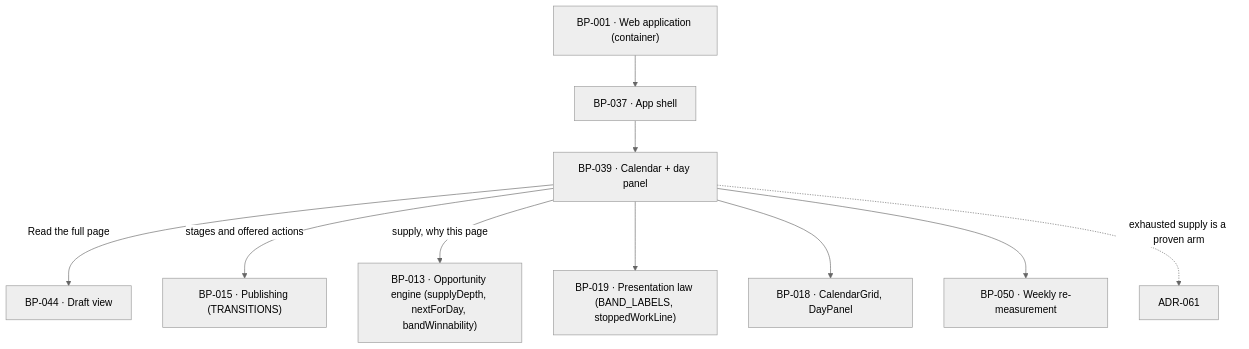
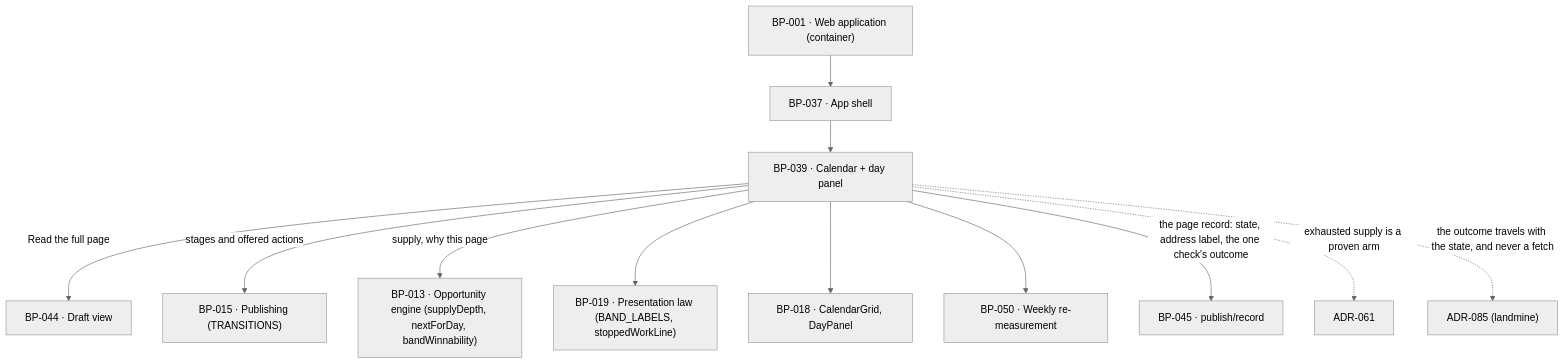
One commit to tim-clifford6991/reachkitv3 changed the diagram in sdlc-factory/docs/blueprints/BP-039.md. Above: the diagram before and after it, drawn with Mermaid (neutral theme). The commit also changed other lines of this file and 30 other files, not shown here.

First line of the commit message:
feat(blueprints): fold the publish-live rulings into the architecture

````diff
--- a/sdlc-factory/docs/blueprints/BP-039.md
+++ b/sdlc-factory/docs/blueprints/BP-039.md
@@ -38,20 +40,22 @@
 ```mermaid
 graph TD
   BP001["BP-001 · Web application (container)"]
   BP037["BP-037 · App shell"]
   BP039["BP-039 · Calendar + day panel"]
   BP044["BP-044 · Draft view"]
   BP015["BP-015 · Publishing (TRANSITIONS)"]
   BP013["BP-013 · Opportunity engine (supplyDepth, nextForDay, bandWinnability)"]
   BP019["BP-019 · Presentation law (BAND_LABELS, stoppedWorkLine)"]
   BP018["BP-018 · CalendarGrid, DayPanel"]
   BP050["BP-050 · Weekly re-measurement"]
   BP001 --> BP037 --> BP039
   BP039 -->|"Read the full page"| BP044
   BP039 -->|"stages and offered actions"| BP015
   BP039 -->|"supply, why this page"| BP013
   BP039 --> BP019
   BP039 --> BP018
   BP039 --> BP050
+  BP039 -->|"the page record: state, address label, the one check's outcome"| BP045["BP-045 · publish/record"]
   BP039 -.->|"exhausted supply is a proven arm"| ADR061["ADR-061"]
+  BP039 -.->|"the outcome travels with the state, and never a fetch"| ADR085["ADR-085 (landmine)"]
 ```
````
